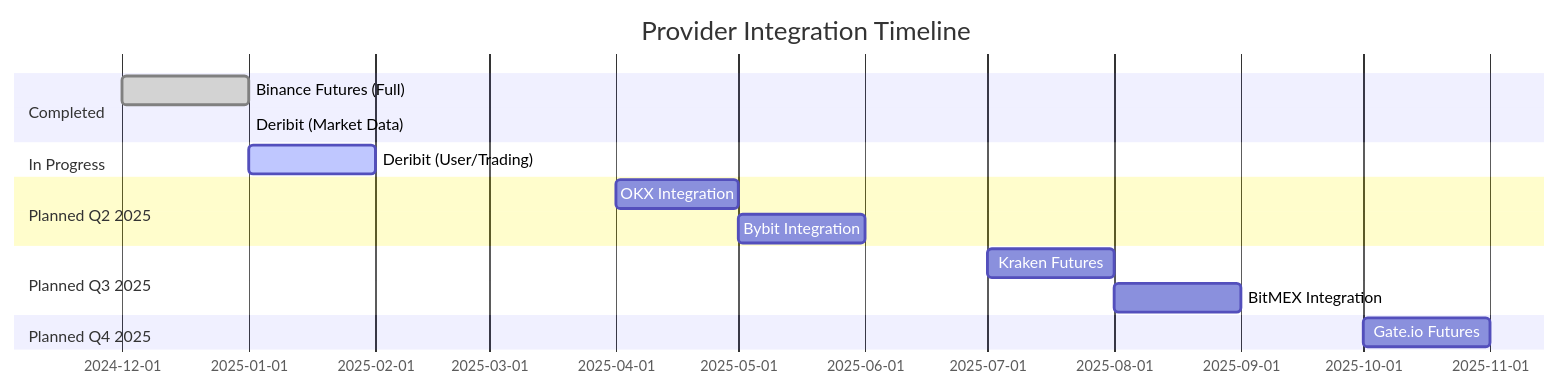
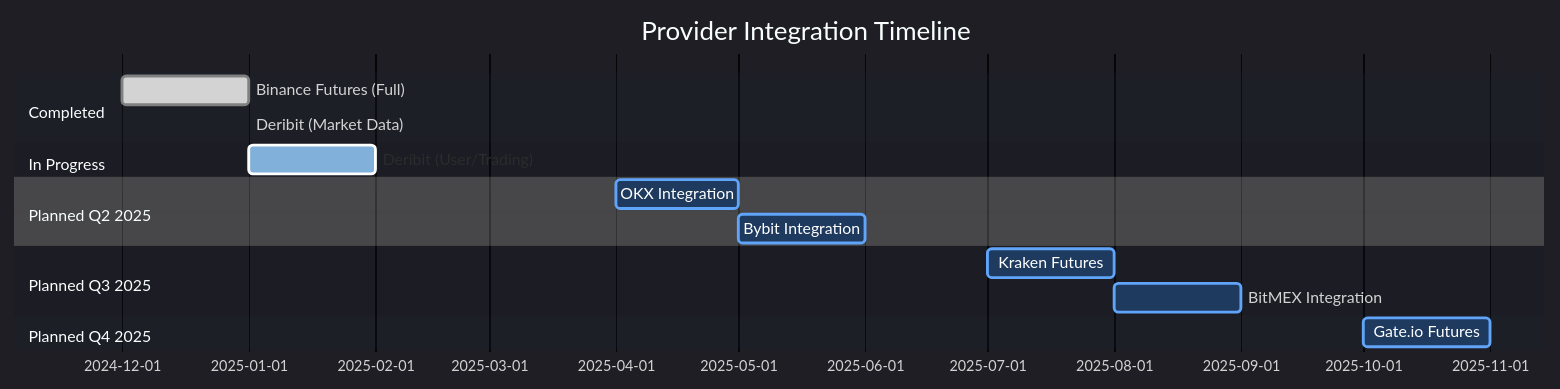
One commit to ArmandRicheletKleinberg/Ark.Alliance.Trading.Providers.Lib changed the third of 10 diagrams in README.md. Above: the diagram before and after it, drawn with Mermaid. The commit also changed other lines of this file, not shown here.

First line of the commit message:
feat: convert all diagrams to professional dark theme

````diff
--- a/README.md
+++ b/README.md
@@ -257,22 +267,24 @@
 ```mermaid
+%%{init: {'theme':'dark', 'themeVariables': {'primaryColor':'#1e3a5f','primaryTextColor':'#fff','primaryBorderColor':'#60a5fa','grid':'#374151','done0':'#059669','done1':'#10b981','active0':'#f59e0b','active1':'#fbbf24','crit0':'#dc2626','crit1':'#ef4444','taskBkgColor':'#1e3a5f','taskBorderColor':'#60a5fa','taskTextColor':'#fff','todayLineColor':'#ef4444','textColor':'#fff','sectionBkgColor':'#1a2332','altSectionBkgColor':'#111827','gridLineColor':'#374151'}}}%%
 gantt
     title Provider Integration Timeline
     dateFormat YYYY-MM
+    
     section Completed
     Binance Futures (Full)   :done, binance, 2024-12, 2025-01
     Deribit (Market Data)     :done, deribit-md, 2025-01, 2025-01
     
     section In Progress
     Deribit (User/Trading)    :active, deribit-full, 2025-01, 2025-02
     
     section Planned Q2 2025
     OKX Integration           :okx, 2025-04, 2025-05
     Bybit Integration         :bybit, 2025-05, 2025-06
     
     section Planned Q3 2025
     Kraken Futures            :kraken, 2025-07, 2025-08
     BitMEX Integration        :bitmex, 2025-08, 2025-09
     
     section Planned Q4 2025
     Gate.io Futures           :gateio, 2025-10, 2025-11
 ```
````
